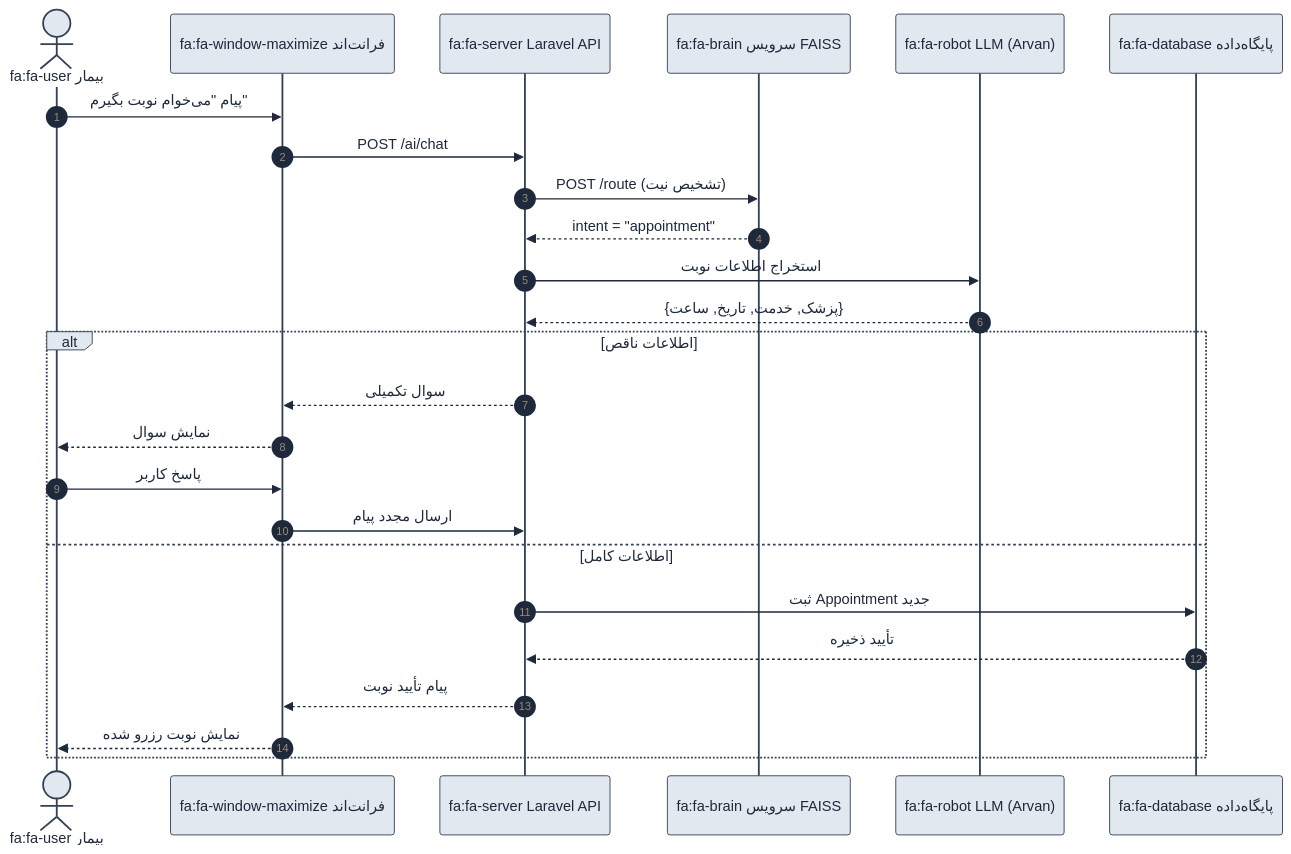
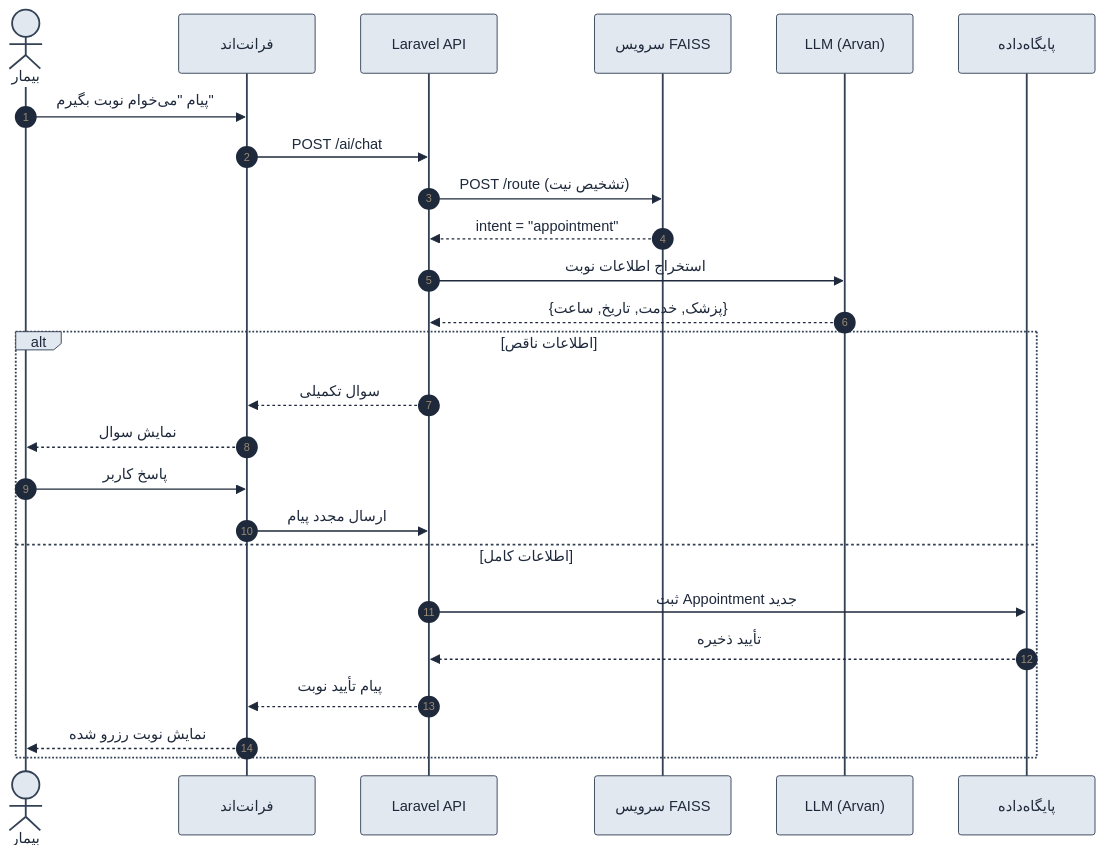
Before and after one commit to Mreza-mh/echo_prj: the diagram in docs/diagrams/v2/07_sequence_booking.mmd, drawn with Mermaid. The commit also changed 20 other files, not shown here.

Commit message:
update mmd diagrams, echo history service, front/back configs

```diff
--- a/docs/diagrams/v2/07_sequence_booking.mmd
+++ b/docs/diagrams/v2/07_sequence_booking.mmd
@@ -1,28 +1,28 @@
 %%{init: {'theme':'base', 'themeVariables': {'primaryColor':'#f1f5f9','primaryBorderColor':'#334155','primaryTextColor':'#1e293b','lineColor':'#64748b','fontSize':'14px','actorBkg':'#e2e8f0','actorBorder':'#334155','actorTextColor':'#1e293b'}}}%%
 sequenceDiagram
     autonumber
-    actor P as fa:fa-user بیمار
-    participant FE as fa:fa-window-maximize فرانت‌اند
-    participant BE as fa:fa-server Laravel API
-    participant AI as fa:fa-brain سرویس FAISS
-    participant LLM as fa:fa-robot LLM (Arvan)
-    participant DB as fa:fa-database پایگاه‌داده
+    actor P as بیمار
+    participant FE as فرانت‌اند
+    participant BE as Laravel API
+    participant AI as سرویس FAISS
+    participant LLM as LLM (Arvan)
+    participant DB as پایگاه‌داده
 
     P->>FE: پیام "می‌خوام نوبت بگیرم"
     FE->>BE: POST /ai/chat
     BE->>AI: POST /route (تشخیص نیت)
     AI-->>BE: intent = "appointment"
     BE->>LLM: استخراج اطلاعات نوبت
     LLM-->>BE: {پزشک, خدمت, تاریخ, ساعت}
 
     alt اطلاعات ناقص
         BE-->>FE: سوال تکمیلی
         FE-->>P: نمایش سوال
         P->>FE: پاسخ کاربر
         FE->>BE: ارسال مجدد پیام
     else اطلاعات کامل
         BE->>DB: ثبت Appointment جدید
         DB-->>BE: تأیید ذخیره
         BE-->>FE: پیام تأیید نوبت
         FE-->>P: نمایش نوبت رزرو شده
     end
```
